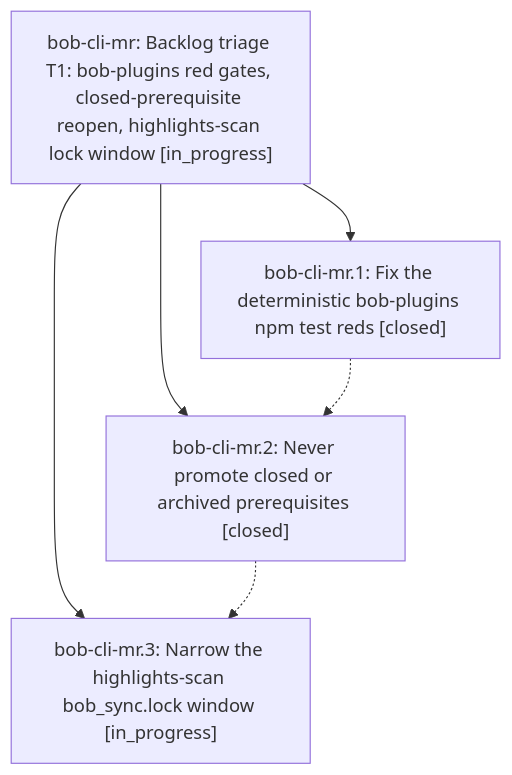
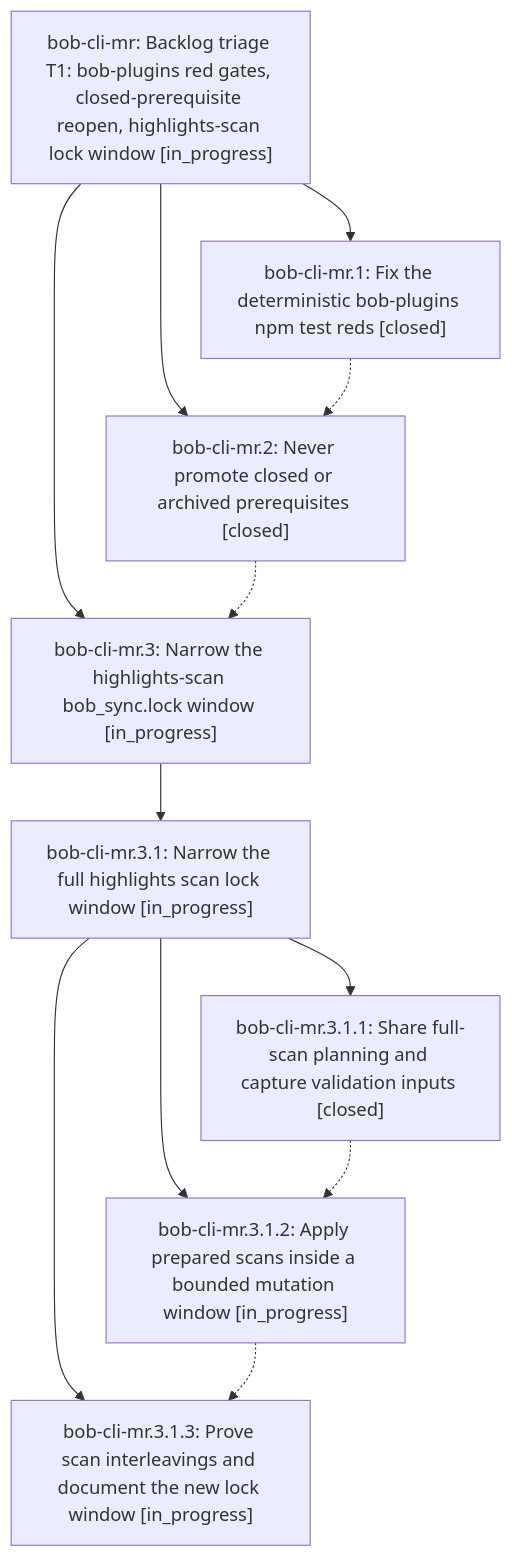
One commit to bobs-org/bob-cli--beads changed the diagram in pages/bob-cli-mr/README.md. Above: the diagram before and after it, drawn with Mermaid. The commit also changed other lines of this file and 7 other files, not shown here.

First line of the commit message:
chore(beads): sync bead state and pages for bob-cli-mr

````diff
--- a/pages/bob-cli-mr/README.md
+++ b/pages/bob-cli-mr/README.md
@@ -36,12 +36,22 @@
 ```mermaid
 flowchart TD
     n0["bob-cli-mr: Backlog triage T1: bob-plugins red gates, closed-prerequisite reopen, highlights-scan lock window [in_progress]"]
     n1["bob-cli-mr.1: Fix the deterministic bob-plugins npm test reds [closed]"]
     n2["bob-cli-mr.2: Never promote closed or archived prerequisites [closed]"]
     n3["bob-cli-mr.3: Narrow the highlights-scan bob_sync.lock window [in_progress]"]
+    n4["bob-cli-mr.3.1: Narrow the full highlights scan lock window [in_progress]"]
+    n5["bob-cli-mr.3.1.1: Share full-scan planning and capture validation inputs [closed]"]
+    n6["bob-cli-mr.3.1.2: Apply prepared scans inside a bounded mutation window [in_progress]"]
+    n7["bob-cli-mr.3.1.3: Prove scan interleavings and document the new lock window [in_progress]"]
     n0 --> n1
     n0 --> n2
     n0 --> n3
+    n3 --> n4
+    n4 --> n5
+    n4 --> n6
+    n4 --> n7
     n1 -.-> n2
     n2 -.-> n3
+    n5 -.-> n6
+    n6 -.-> n7
 ```
````
